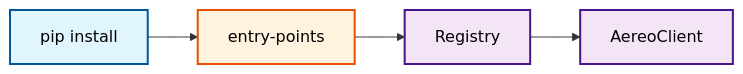
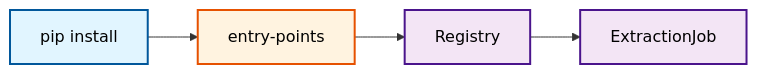
One commit to frandorr/aereo changed the fourth of 7 diagrams in docs/architecture/architecture-visual.md. Above: the diagram before and after it, drawn with Mermaid. The commit also changed other lines of this file and 17 other files, not shown here.

Commit message:
docs: update docs to ExtractionJob orchestration and Executor model

````diff
--- a/docs/architecture/architecture-visual.md
+++ b/docs/architecture/architecture-visual.md
@@ -85,15 +85,15 @@
 ```mermaid
 flowchart LR
     classDef entry fill:#e1f5ff,stroke:#01579b,stroke-width:2px,color:#000
     classDef data fill:#fff3e0,stroke:#e65100,stroke-width:2px,color:#000
     classDef core fill:#f3e5f5,stroke:#4a148c,stroke-width:2px,color:#000
 
     PIP["pip install"]:::entry
     EP["entry-points"]:::data
     REG["Registry"]:::core
-    USE["AereoClient"]:::core
+    USE["ExtractionJob"]:::core
 
     PIP --> EP
     EP --> REG
     REG --> USE
 ```
````
